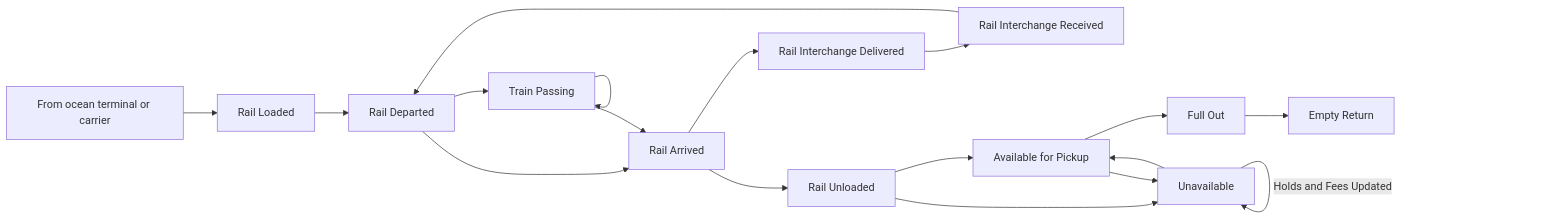
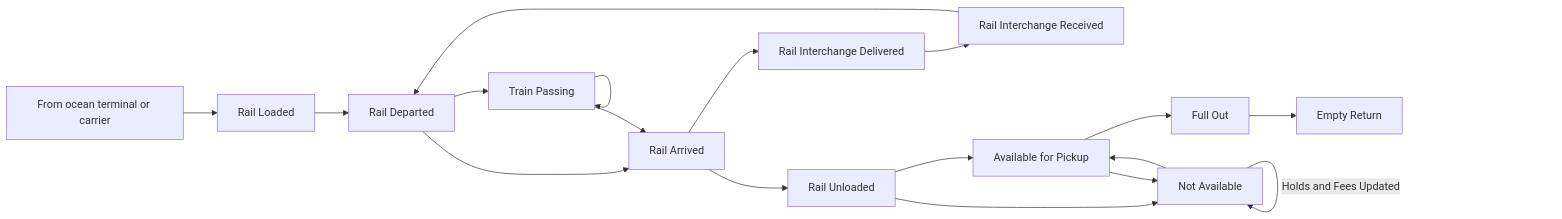
Before and after one commit to Terminal49/API: the second of 2 diagrams in docs/api-docs/in-depth-guides/rail-integration-guide.mdx, drawn with Mermaid. The commit also changed other lines of this file, not shown here.

````diff
--- a/docs/api-docs/in-depth-guides/rail-integration-guide.mdx
+++ b/docs/api-docs/in-depth-guides/rail-integration-guide.mdx
@@ -54,20 +49,20 @@
 ```mermaid
 graph LR
     Y[From ocean terminal or carrier] --> A
     Z[Rail Interchange Received] --> B
     A[Rail Loaded] --> B[Rail Departed]
     B --> L[Train Passing]
     B --> C[Rail Arrived]
     L --> L
     L --> C
     C --> D[Rail Unloaded]
     C --> X[Rail Interchange Delivered]
     X --> Z
     D --> G[Available for Pickup]
-    D --> H[Unavailable]
+    D --> H[Not Available]
     H -- Holds and Fees Updated --> H
     G --> H
     H --> G
     G --> E[Full Out]
     E --> F[Empty Return]
 ```
````
